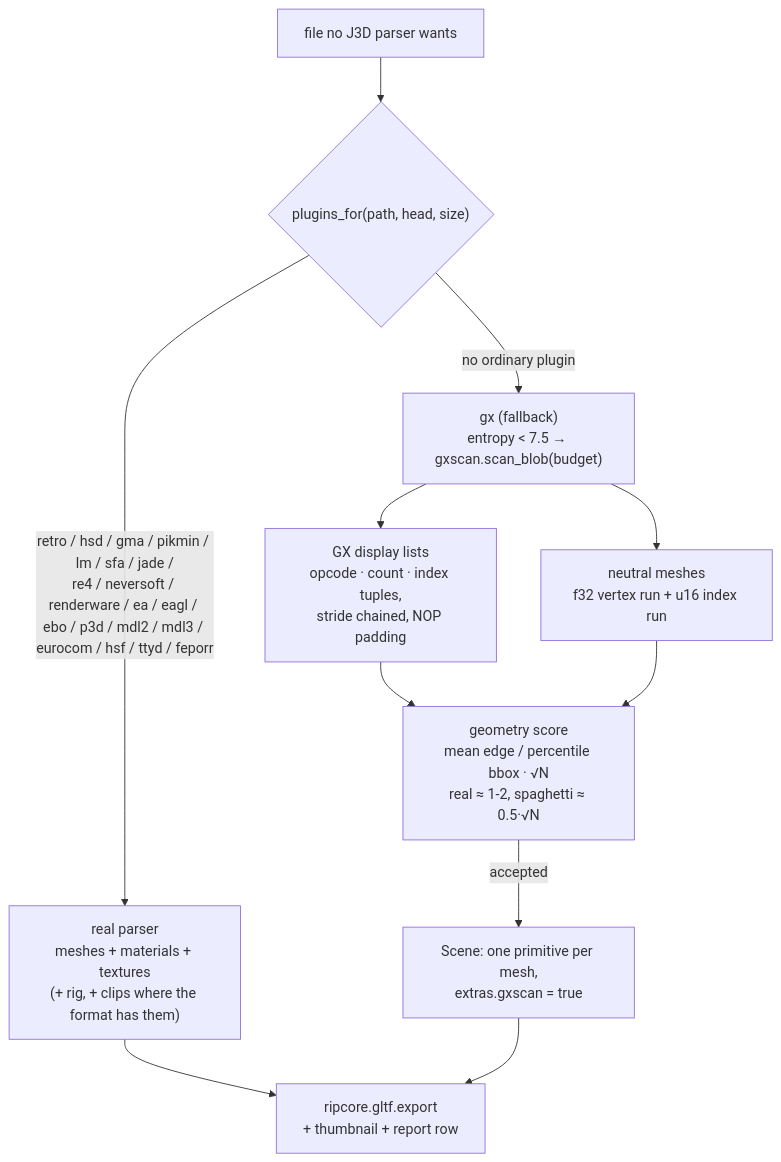
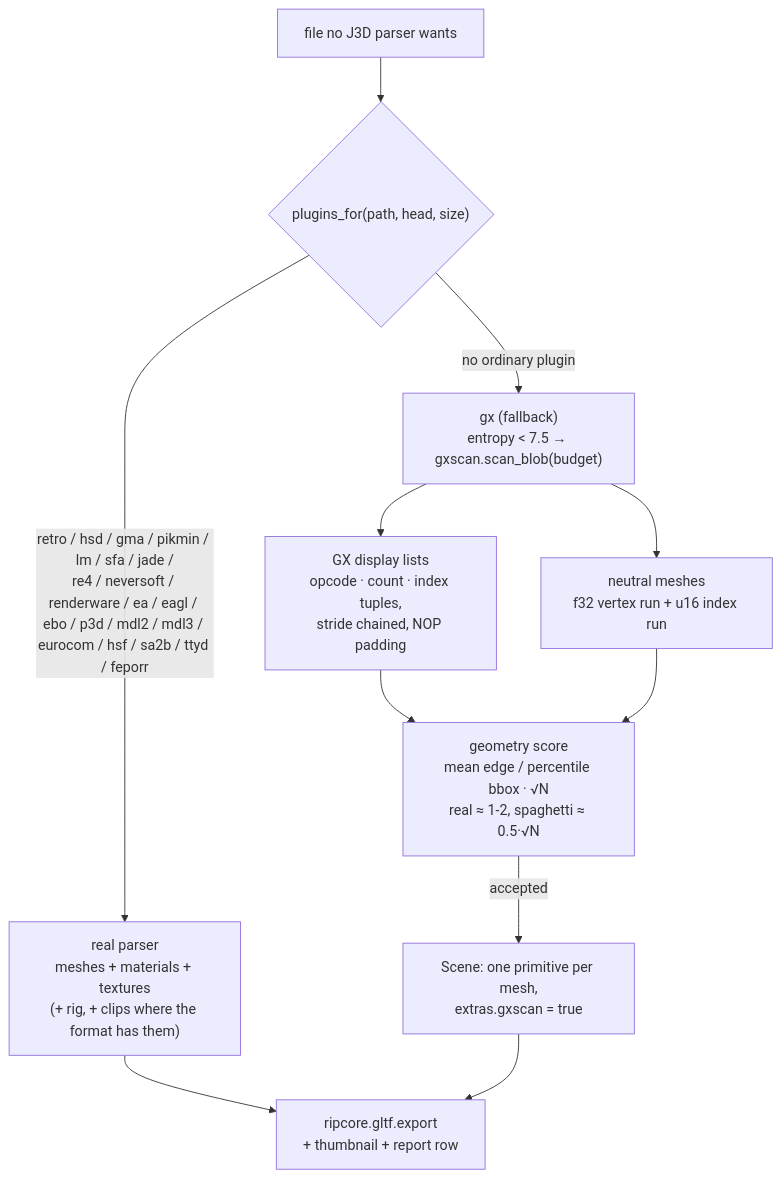
Before and after one commit to Felbs/3d-ripper-9000: the eighth of 8 diagrams in docs/PIPELINE.md, drawn with Mermaid. The commit also changed other lines of this file and 7 other files, not shown here.

First line of the commit message:
gcrip sa2b/gvm/segaprs: Sonic Adventure 2 Battle chunk models (big-endian Ninja on dcrip's parser, rigged via ninja_eval, textures from the sibling GVM), GVR/GVM textures, Sega PRS container

````diff
--- a/docs/PIPELINE.md
+++ b/docs/PIPELINE.md
@@ -173,11 +173,11 @@
 ```mermaid
 flowchart TD
     F["file no J3D parser wants"] --> D{"plugins_for(path, head, size)"}
-    D -->|"retro / hsd / gma / pikmin / lm / sfa / jade /<br/>re4 / neversoft / renderware / ea / eagl / ebo / p3d / mdl2 / mdl3 / eurocom / hsf / ttyd / feporr"| R["real parser<br/>meshes + materials + textures<br/>(+ rig, + clips where the format has them)"]
+    D -->|"retro / hsd / gma / pikmin / lm / sfa / jade /<br/>re4 / neversoft / renderware / ea / eagl / ebo / p3d / mdl2 / mdl3 / eurocom / hsf / sa2b / ttyd / feporr"| R["real parser<br/>meshes + materials + textures<br/>(+ rig, + clips where the format has them)"]
     D -->|"no ordinary plugin"| S["gx (fallback)<br/>entropy < 7.5 → gxscan.scan_blob(budget)"]
     S --> L["GX display lists<br/>opcode · count · index tuples,<br/>stride chained, NOP padding"]
     S --> N["neutral meshes<br/>f32 vertex run + u16 index run"]
     L & N --> SC["geometry score<br/>mean edge / percentile bbox · √N<br/>real ≈ 1-2, spaghetti ≈ 0.5·√N"]
     SC -->|"accepted"| M["Scene: one primitive per mesh,<br/>extras.gxscan = true"]
     R & M --> E["ripcore.gltf.export<br/>+ thumbnail + report row"]
 ```
````
